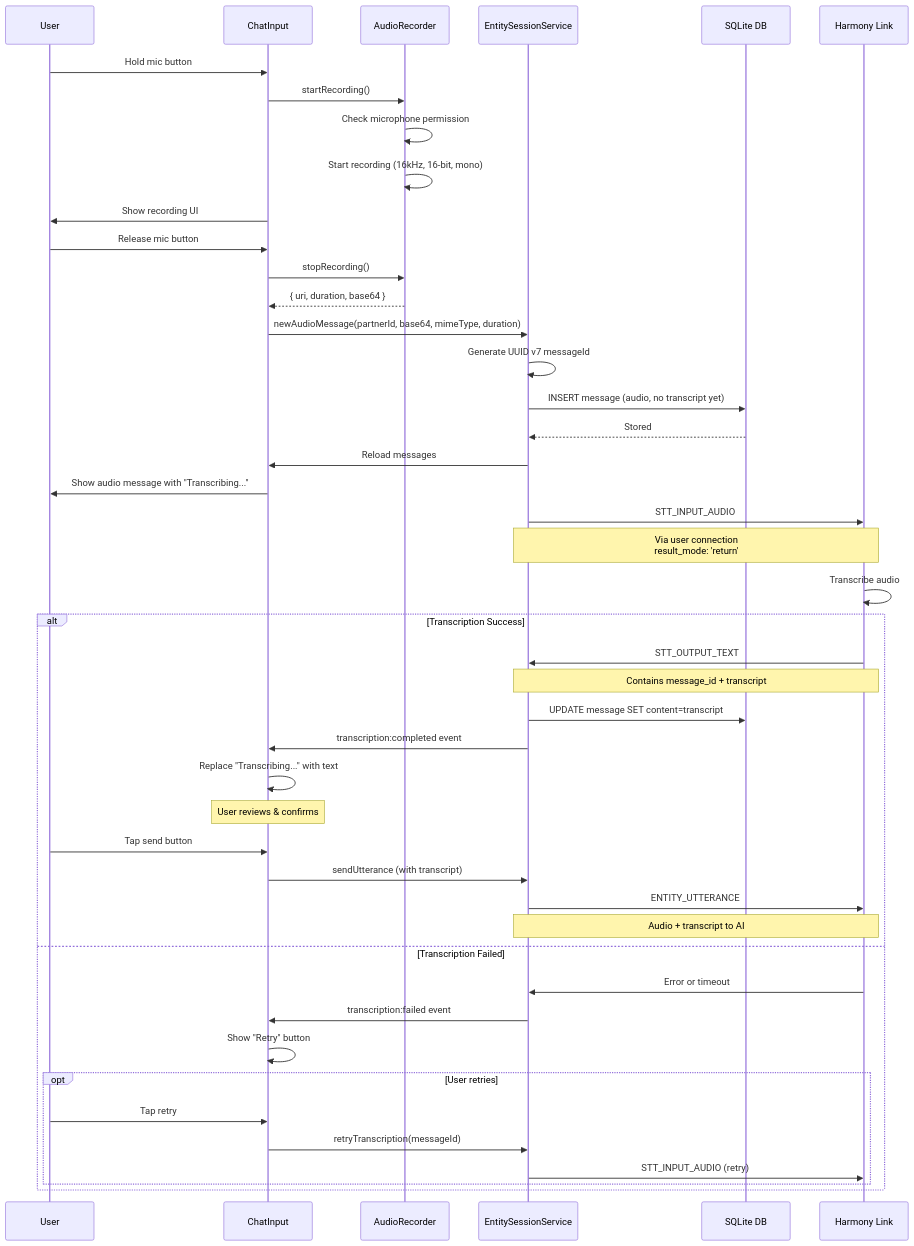
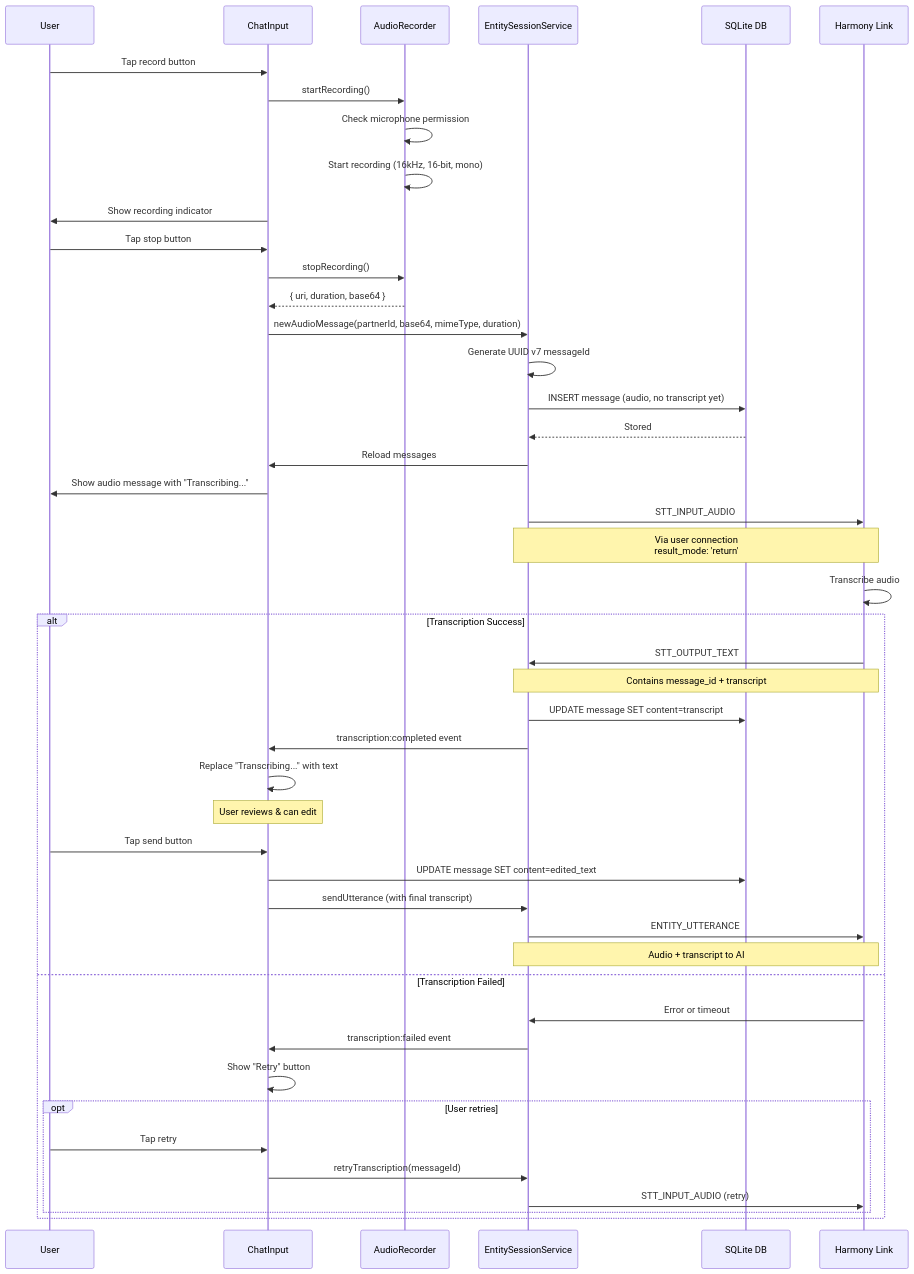
Before and after one commit to harmony-ai-solutions/harmony-ai-app: the second of 6 diagrams in docs/harmony-link-diagrams/05-message-flows.md, drawn with Mermaid. The commit also changed other lines of this file and 1 other file, not shown here.

````diff
--- a/docs/harmony-link-diagrams/05-message-flows.md
+++ b/docs/harmony-link-diagrams/05-message-flows.md
@@ -87,59 +87,60 @@
 ```mermaid
 sequenceDiagram
     participant User
     participant UI as ChatInput
     participant AR as AudioRecorder
     participant ESS as EntitySessionService
     participant DB as SQLite DB
     participant HL as Harmony Link
     
-    User->>UI: Hold mic button
+    User->>UI: Tap record button
     UI->>AR: startRecording()
     AR->>AR: Check microphone permission
     AR->>AR: Start recording (16kHz, 16-bit, mono)
-    UI->>User: Show recording UI
+    UI->>User: Show recording indicator
     
-    User->>UI: Release mic button
+    User->>UI: Tap stop button
     UI->>AR: stopRecording()
     AR-->>UI: { uri, duration, base64 }
     
     UI->>ESS: newAudioMessage(partnerId, base64, mimeType, duration)
     
     ESS->>ESS: Generate UUID v7 messageId
     ESS->>DB: INSERT message (audio, no transcript yet)
     DB-->>ESS: Stored
     
     ESS->>UI: Reload messages
     UI->>User: Show audio message with "Transcribing..."
     
     ESS->>HL: STT_INPUT_AUDIO
     Note over ESS,HL: Via user connection<br/>result_mode: 'return'
     
     HL->>HL: Transcribe audio
     
     alt Transcription Success
         HL->>ESS: STT_OUTPUT_TEXT
         Note over HL,ESS: Contains message_id + transcript
         ESS->>DB: UPDATE message SET content=transcript
         ESS->>UI: transcription:completed event
         UI->>UI: Replace "Transcribing..." with text
         
-        Note over UI: User reviews & confirms
+        Note over UI: User reviews & can edit
         User->>UI: Tap send button
         
-        UI->>ESS: sendUtterance (with transcript)
+        UI->>DB: UPDATE message SET content=edited_text
+        UI->>ESS: sendUtterance (with final transcript)
         ESS->>HL: ENTITY_UTTERANCE
         Note over ESS,HL: Audio + transcript to AI
         
     else Transcription Failed
         HL->>ESS: Error or timeout
         ESS->>UI: transcription:failed event
         UI->>UI: Show "Retry" button
         
         opt User retries
             User->>UI: Tap retry
             UI->>ESS: retryTranscription(messageId)
             ESS->>HL: STT_INPUT_AUDIO (retry)
         end
     end
 ```
````
